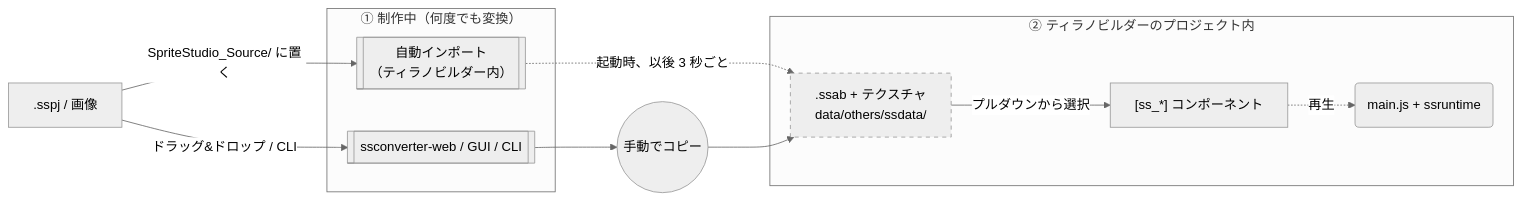
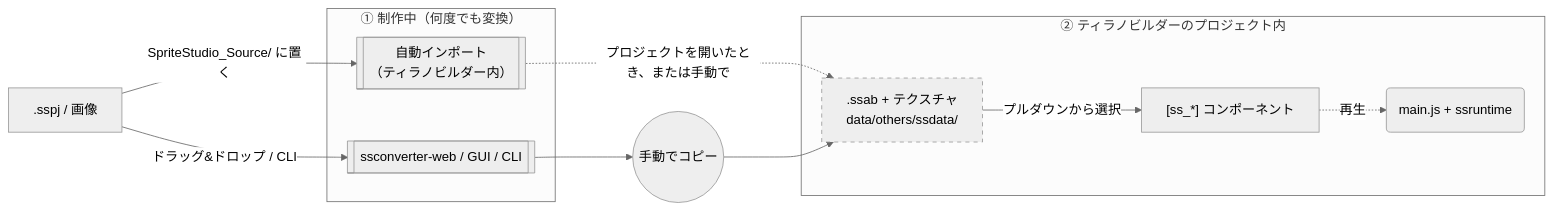
One commit to cri-middleware/SSPlayerForWeb changed the diagram in docs/ja/usage/tyranobuilder.md. Above: the diagram before and after it, drawn with Mermaid (neutral theme). The commit also changed other lines of this file and 18 other files, not shown here.

````diff
--- a/docs/ja/usage/tyranobuilder.md
+++ b/docs/ja/usage/tyranobuilder.md
@@ -61,27 +61,27 @@
 ```mermaid
 graph LR
     SS[".sspj / 画像"]
 
     subgraph Author ["① 制作中（何度でも変換）"]
         AUTO[["自動インポート<br/>（ティラノビルダー内）"]]
         TOOLS[["ssconverter-web / GUI / CLI"]]
     end
 
     MANUAL(("手動でコピー"))
 
     subgraph Game ["② ティラノビルダーのプロジェクト内"]
         BIN[".ssab + テクスチャ<br/>data/others/ssdata/"]
         COMP["[ss_*] コンポーネント"]
         RT("main.js + ssruntime")
     end
 
     SS -->|"SpriteStudio_Source/ に置く"| AUTO
     SS -->|"ドラッグ&ドロップ / CLI"| TOOLS
-    AUTO -. "起動時、以後 3 秒ごと" .-> BIN
+    AUTO -. "プロジェクトを開いたとき、または手動で" .-> BIN
     TOOLS --> MANUAL --> BIN
     BIN -->|"プルダウンから選択"| COMP
     COMP -. "再生" .-> RT
 
     classDef generated stroke-dasharray: 5 5;
     class BIN generated;
 ```
````
